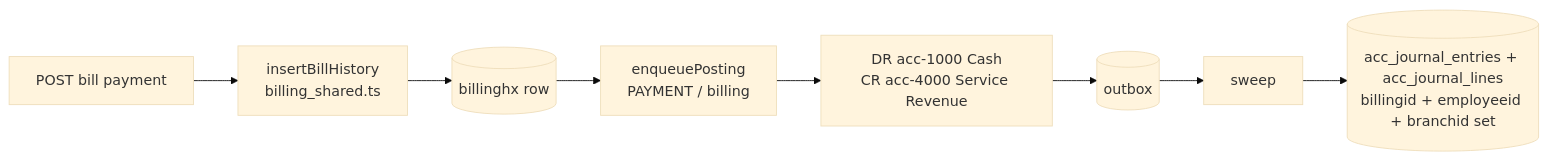
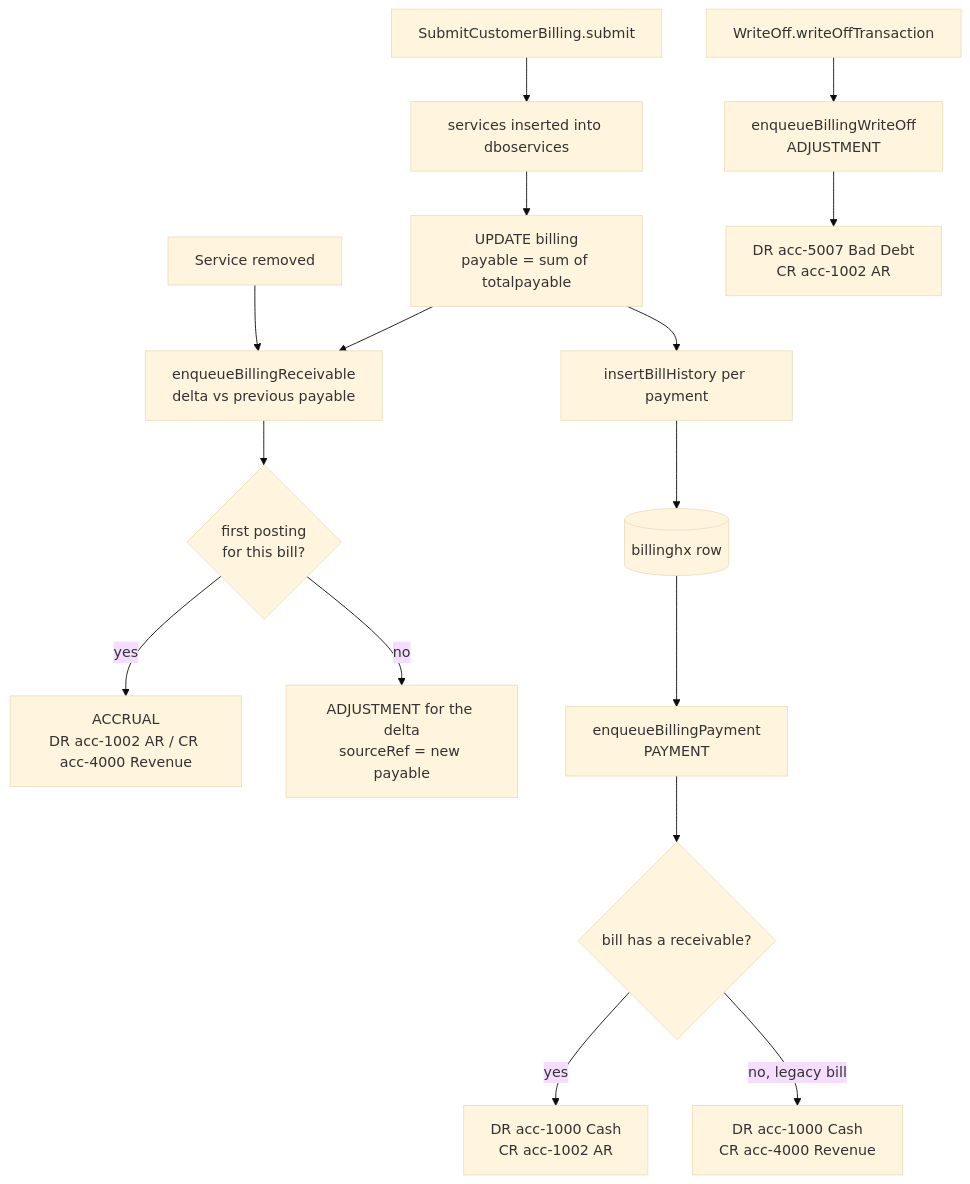
The second of 8 diagrams in docs/accounting-integration-flow-maps.md (xelobcoder/lobnos-server), drawn with Mermaid (base theme) before and after one commit. The commit also changed other lines of this file and 37 other files, not shown here.

````diff
--- a/docs/accounting-integration-flow-maps.md
+++ b/docs/accounting-integration-flow-maps.md
@@ -89,10 +92,18 @@
 ```mermaid
-flowchart LR
-    A[POST bill payment] --> B[insertBillHistory<br/>billing_shared.ts]
-    B --> C[(billinghx row)]
-    C --> D[enqueuePosting<br/>PAYMENT / billing]
-    D --> E[DR acc-1000 Cash<br/>CR acc-4000 Service Revenue]
-    E --> F[(outbox)]
-    F --> G[sweep]
-    G --> H[(acc_journal_entries + acc_journal_lines<br/>billingid + employeeid + branchid set)]
+flowchart TD
+    A[SubmitCustomerBilling.submit] --> B[services inserted into dboservices]
+    B --> C[UPDATE billing<br/>payable = sum of totalpayable]
+    C --> D[enqueueBillingReceivable<br/>delta vs previous payable]
+    D --> E{first posting<br/>for this bill?}
+    E -- yes --> F[ACCRUAL<br/>DR acc-1002 AR / CR acc-4000 Revenue]
+    E -- no --> G[ADJUSTMENT for the delta<br/>sourceRef = new payable]
+    C --> H[insertBillHistory per payment]
+    H --> I[(billinghx row)]
+    I --> J[enqueueBillingPayment<br/>PAYMENT]
+    J --> K{bill has a receivable?}
+    K -- yes --> L[DR acc-1000 Cash<br/>CR acc-1002 AR]
+    K -- no, legacy bill --> M[DR acc-1000 Cash<br/>CR acc-4000 Revenue]
+    N[Service removed] --> D
+    O[WriteOff.writeOffTransaction] --> P[enqueueBillingWriteOff<br/>ADJUSTMENT]
+    P --> Q[DR acc-5007 Bad Debt<br/>CR acc-1002 AR]
 ```
````
